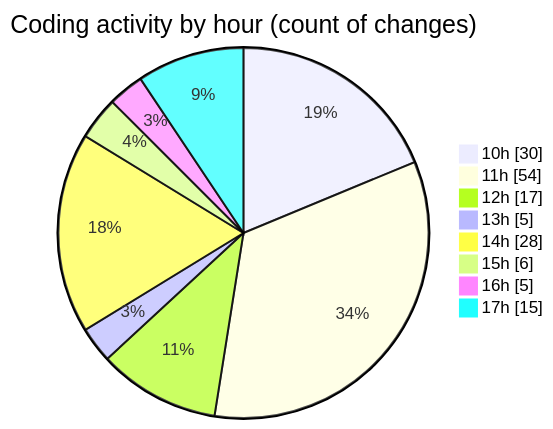
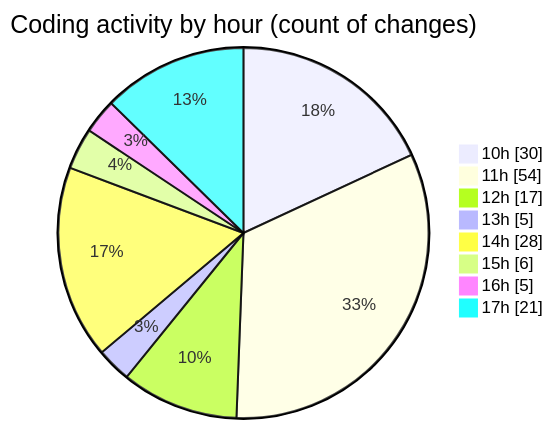
The second of 2 diagrams in 2025-05-01/cda/README.md (momahboobian/code-tracking), drawn with Mermaid before and after one commit. The commit also changed other lines of this file and 1 other file, not shown here.

````diff
--- a/2025-05-01/cda/README.md
+++ b/2025-05-01/cda/README.md
@@ -43,12 +43,12 @@
 ```mermaid
 pie showData
 title Coding activity by hour (count of changes)
 "10h" : 30
 "11h" : 54
 "12h" : 17
 "13h" : 5
 "14h" : 28
 "15h" : 6
 "16h" : 5
-"17h" : 15
+"17h" : 21
 ```
````
